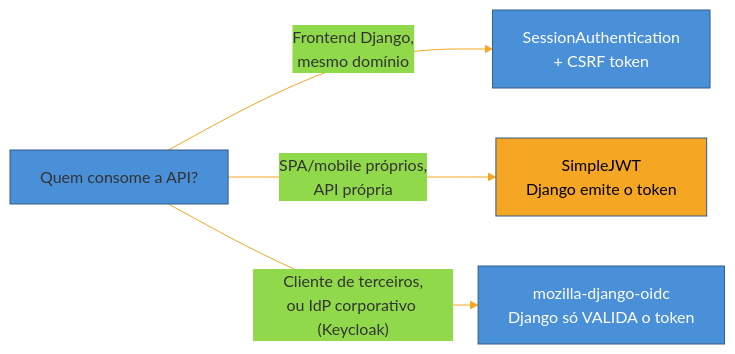
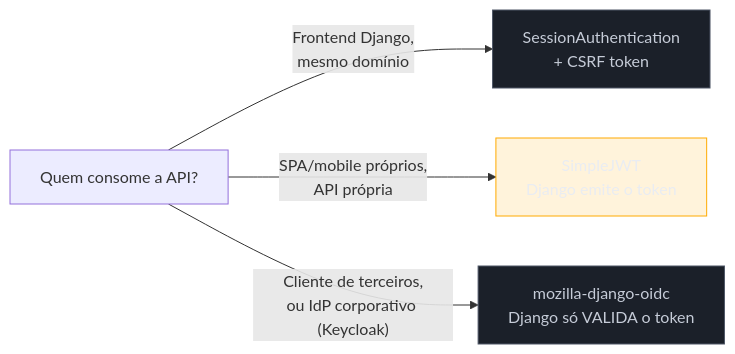
Before and after one commit to josenaldo/codex-technomanticus: the third of 3 diagrams in 03-Dominios/Engenharia/Auth e Identidade/4 - Auth nos stacks/02 - Python — Django.md, drawn with Mermaid. The commit also changed other lines of this file and 1181 other files, not shown here.

First line of the commit message:
fix(diagramas): paleta do sistema no lugar de cor cravada no markdown

````diff
--- a/03-Dominios/Engenharia/Auth e Identidade/4 - Auth nos stacks/02 - Python — Django.md
+++ b/03-Dominios/Engenharia/Auth e Identidade/4 - Auth nos stacks/02 - Python — Django.md
@@ -165,11 +165,12 @@
 ```mermaid
-%%{init: {"theme": "base", "themeVariables": {"primaryColor": "#4A90D9", "primaryBorderColor": "#2E5C8A", "lineColor": "#F5A623"}}}%%
 graph LR
+    classDef neutro fill:#1B2029,stroke:#4E5666,color:#C6CCD8
+    classDef destaque fill:#FFAA0024,stroke:#FFAA00,color:#E9ECF2
     A["Quem consome a API?"] -->|"Frontend Django,<br/>mesmo domínio"| B["SessionAuthentication<br/>+ CSRF token"]
     A -->|"SPA/mobile próprios,<br/>API própria"| C["SimpleJWT<br/>Django emite o token"]
     A -->|"Cliente de terceiros,<br/>ou IdP corporativo (Keycloak)"| D["mozilla-django-oidc<br/>Django só VALIDA o token"]
 
-    style B fill:#4A90D9,color:#fff
-    style C fill:#F5A623,color:#000
-    style D fill:#4A90D9,color:#fff
+    class B neutro
+    class C destaque
+    class D neutro
 ```
````
